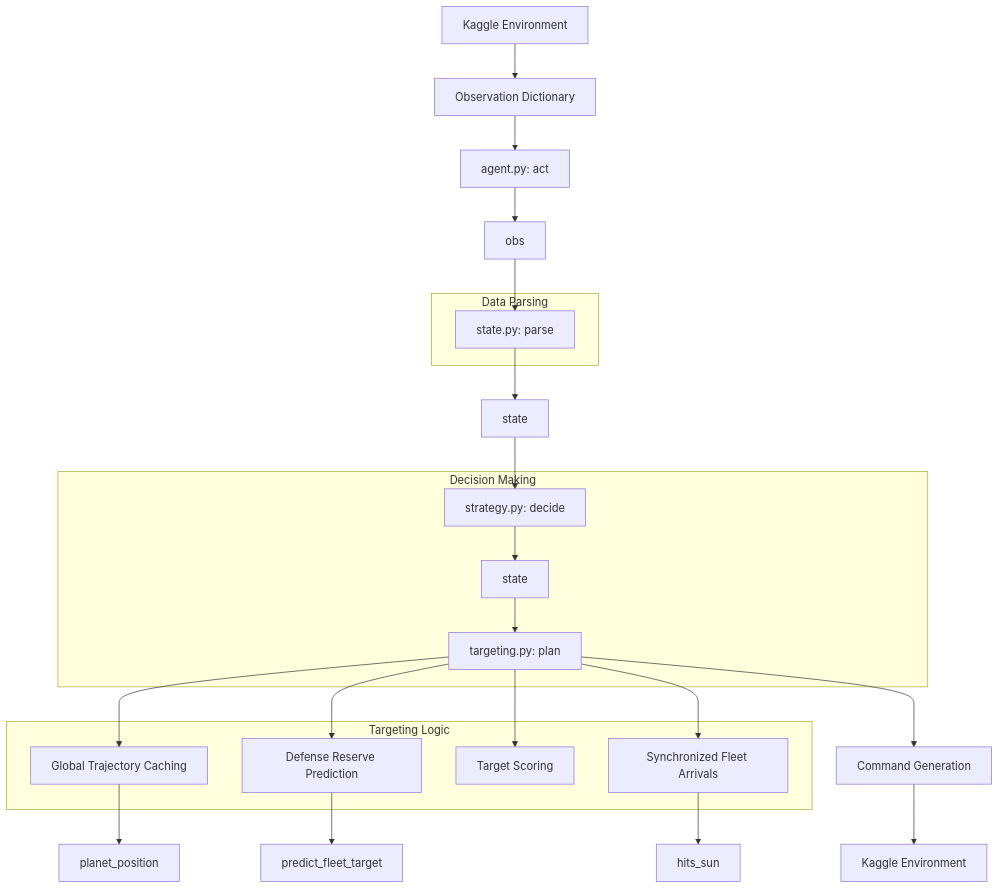
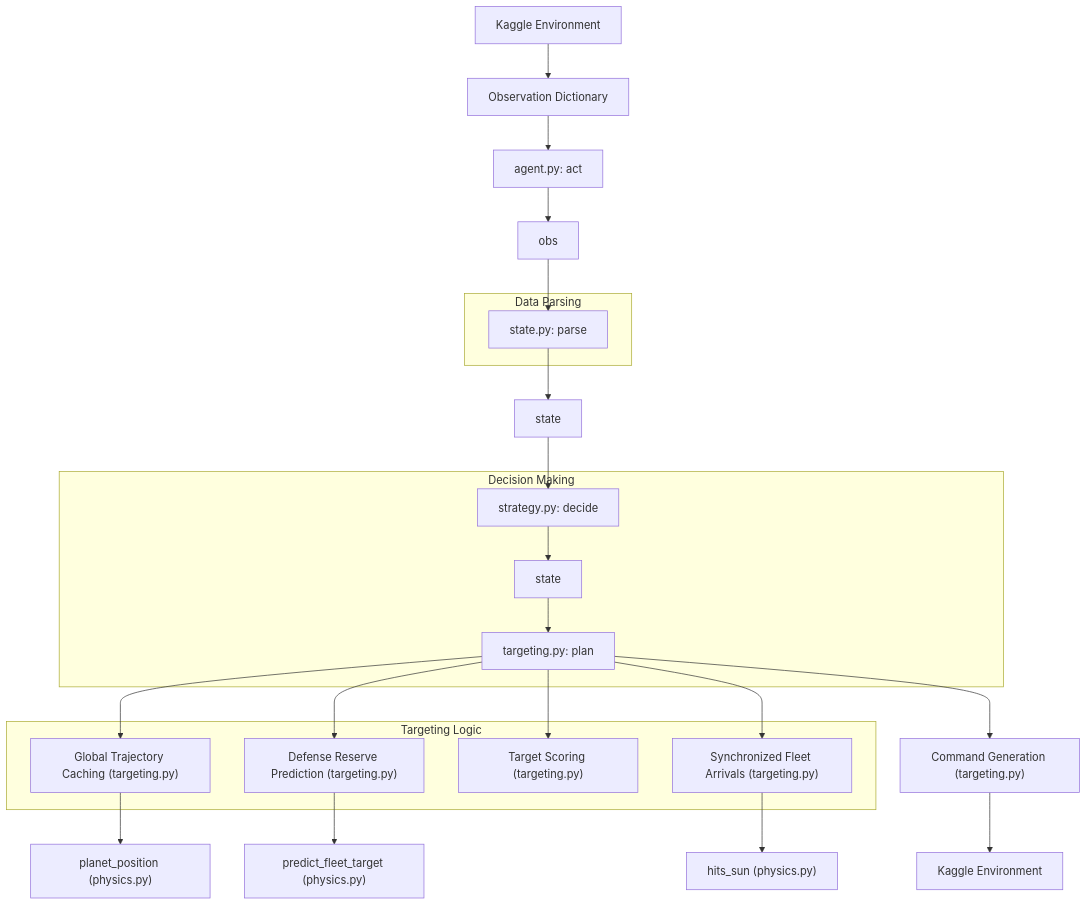
Before and after one commit to gmei6/orbit_wars_kaggle: the first of 2 diagrams in src/README.md, drawn with Mermaid. The commit also changed other lines of this file and 2 other files, not shown here.

Commit message:
feat(state): represent planet danger state and map architecture docs
- **src/state.py**: Added  integer field and an  boolean property to the  dataclass to provide a native representation of whether a planet is currently under threat from enemy fleets.
- **src/targeting.py**: Refactored the defense reserve prediction loop to directly annotate the  field on  objects instead of using a local dictionary. This ensures the state object carries the danger representation downstream.
- **src/README.md**: Updated the architecture Mermaid diagram and the Module Responsibilities section to explicitly map conceptual nodes (like Target Scoring or Defense Reserve Prediction) to their concrete source files.

````diff
--- a/src/README.md
+++ b/src/README.md
@@ -12,45 +12,45 @@
 ```mermaid
 graph TD
     Env["Kaggle Environment"] --> ObsDict["Observation Dictionary"]
     ObsDict --> Agent["agent.py: act"]
     Agent --> ObsNode["obs"]
 
     subgraph Data Parsing
         StateParse["state.py: parse"]
     end
     ObsNode --> StateParse
     StateParse --> StateNode1["state"]
 
     subgraph Decision Making
         Strategy["strategy.py: decide"]
         StateNode2["state"]
         Target["targeting.py: plan"]
         Strategy --> StateNode2 --> Target
     end
     StateNode1 --> Strategy
 
     subgraph Targeting Logic
-        GTC["Global Trajectory Caching"]
-        DRP["Defense Reserve Prediction"]
-        TS["Target Scoring"]
-        SFA["Synchronized Fleet Arrivals"]
+        GTC["Global Trajectory Caching (targeting.py)"]
+        DRP["Defense Reserve Prediction (targeting.py)"]
+        TS["Target Scoring (targeting.py)"]
+        SFA["Synchronized Fleet Arrivals (targeting.py)"]
     end
 
     Target --> GTC
     Target --> DRP
     Target --> TS
     Target --> SFA
 
-    CmdGen["Command Generation"]
+    CmdGen["Command Generation (targeting.py)"]
     Target --> CmdGen
 
-    Phys1["planet_position"]
-    Phys2["predict_fleet_target"]
-    Phys3["hits_sun"]
+    Phys1["planet_position (physics.py)"]
+    Phys2["predict_fleet_target (physics.py)"]
+    Phys3["hits_sun (physics.py)"]
 
     GTC --> Phys1
     DRP --> Phys2
     SFA --> Phys3
 
     CmdGen --> EnvOut["Kaggle Environment"]
 ```
````
